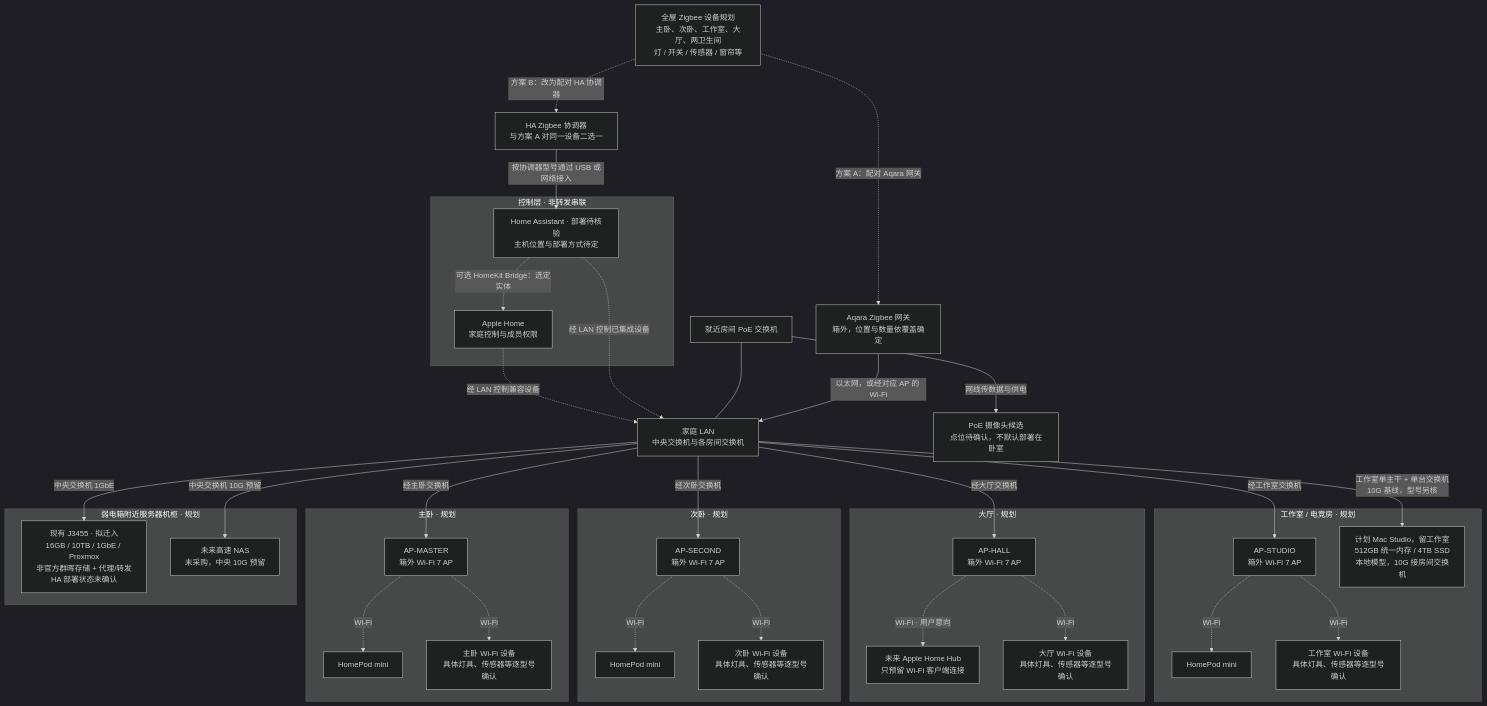
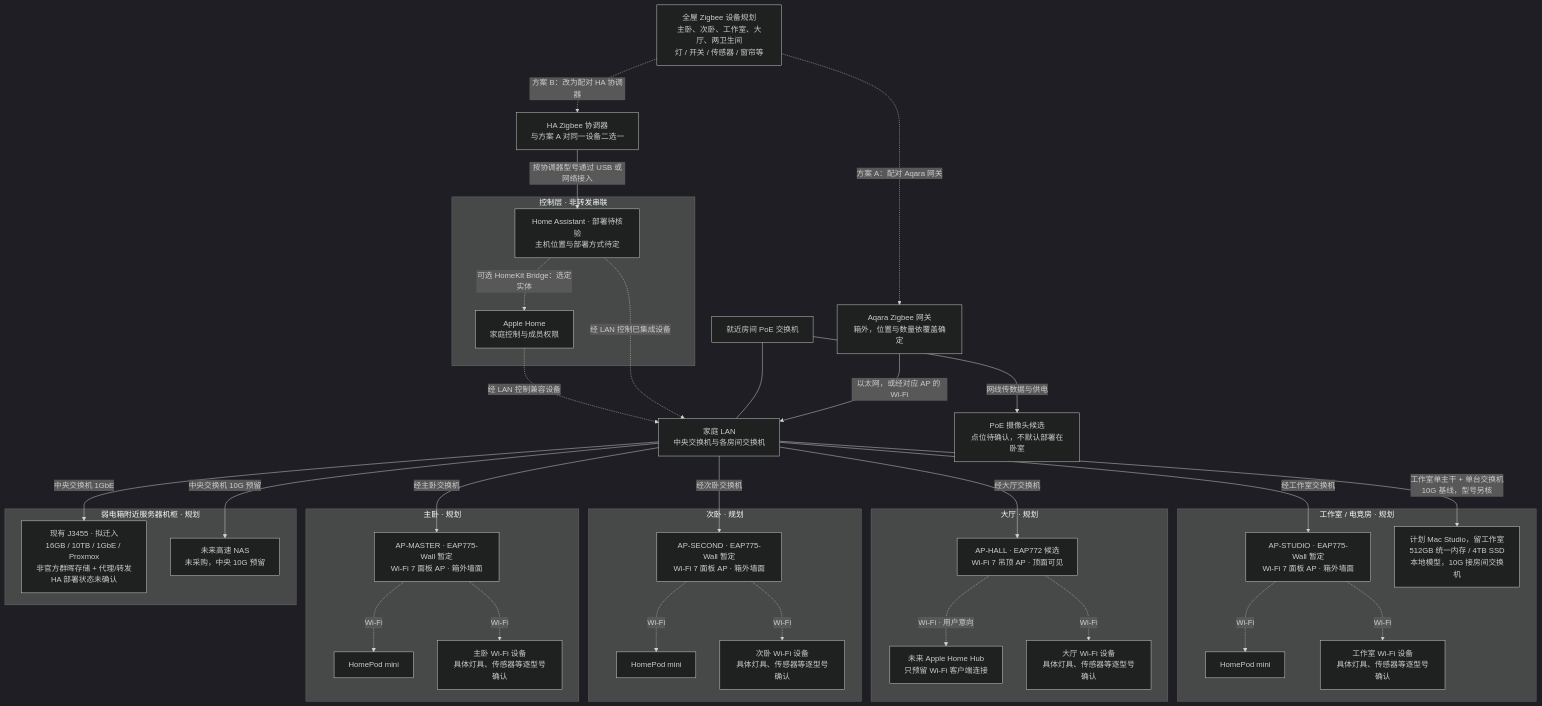
Before and after one commit to QZSAMA/AgentHomeAssistant: the first of 2 diagrams in docs/smart-home-topology.md, drawn with Mermaid (dark theme). The commit also changed other lines of this file and 7 other files, not shown here.

Commit message:
docs: select EAP775-Wall and synchronize AP topology and BOM

````diff
--- a/docs/smart-home-topology.md
+++ b/docs/smart-home-topology.md
@@ -23,67 +24,67 @@
 ```mermaid
 flowchart TB
     LAN["家庭 LAN<br/>中央交换机与各房间交换机"]
 
     subgraph MASTER["主卧 · 规划"]
-        AP1["AP-MASTER<br/>箱外 Wi-Fi 7 AP"]
+        AP1["AP-MASTER · EAP775-Wall 暂定<br/>Wi-Fi 7 面板 AP · 箱外墙面"]
         HP1["HomePod mini"]
         W1["主卧 Wi-Fi 设备<br/>具体灯具、传感器等逐型号确认"]
         AP1 -. "Wi-Fi" .-> HP1
         AP1 -. "Wi-Fi" .-> W1
     end
 
     subgraph SECOND["次卧 · 规划"]
-        AP2["AP-SECOND<br/>箱外 Wi-Fi 7 AP"]
+        AP2["AP-SECOND · EAP775-Wall 暂定<br/>Wi-Fi 7 面板 AP · 箱外墙面"]
         HP2["HomePod mini"]
         W2["次卧 Wi-Fi 设备<br/>具体灯具、传感器等逐型号确认"]
         AP2 -. "Wi-Fi" .-> HP2
         AP2 -. "Wi-Fi" .-> W2
     end
 
     subgraph STUDIO["工作室 / 电竞房 · 规划"]
-        AP3["AP-STUDIO<br/>箱外 Wi-Fi 7 AP"]
+        AP3["AP-STUDIO · EAP775-Wall 暂定<br/>Wi-Fi 7 面板 AP · 箱外墙面"]
         HP3["HomePod mini"]
         W3["工作室 Wi-Fi 设备<br/>具体灯具、传感器等逐型号确认"]
         MAC["计划 Mac Studio，留工作室<br/>512GB 统一内存 / 4TB SSD<br/>本地模型，10G 接房间交换机"]
         AP3 -. "Wi-Fi" .-> HP3
         AP3 -. "Wi-Fi" .-> W3
     end
 
     subgraph HALL["大厅 · 规划"]
-        AP4["AP-HALL<br/>箱外 Wi-Fi 7 AP"]
+        AP4["AP-HALL · EAP772 候选<br/>Wi-Fi 7 吊顶 AP · 顶面可见"]
         FUTURE["未来 Apple Home Hub<br/>只预留 Wi-Fi 客户端连接"]
         W4["大厅 Wi-Fi 设备<br/>具体灯具、传感器等逐型号确认"]
         AP4 -. "Wi-Fi · 用户意向" .-> FUTURE
         AP4 -. "Wi-Fi" .-> W4
     end
 
     LAN -->|"经主卧交换机"| AP1
     LAN -->|"经次卧交换机"| AP2
     LAN -->|"经工作室交换机"| AP3
     LAN -->|"经大厅交换机"| AP4
     LAN -->|"工作室单主干 + 单台交换机<br/>10G 基线，型号另核"| MAC
 
     subgraph CENTRAL["弱电箱附近服务器机柜 · 规划"]
         J["现有 J3455 · 拟迁入<br/>16GB / 10TB / 1GbE / Proxmox<br/>非官方群晖存储 + 代理/转发<br/>HA 部署状态未确认"]
         NAS["未来高速 NAS<br/>未采购，中央 10G 预留"]
     end
     LAN -->|"中央交换机 1GbE"| J
     LAN -->|"中央交换机 10G 预留"| NAS
 
     Z["全屋 Zigbee 设备规划<br/>主卧、次卧、工作室、大厅、两卫生间<br/>灯 / 开关 / 传感器 / 窗帘等"]
     Z -. "方案 A：配对 Aqara 网关" .-> G["Aqara Zigbee 网关<br/>箱外，位置与数量依覆盖确定"]
     G -->|"以太网，或经对应 AP 的 Wi-Fi"| LAN
     Z -. "方案 B：改为配对 HA 协调器" .-> C["HA Zigbee 协调器<br/>与方案 A 对同一设备二选一"]
 
     P["就近房间 PoE 交换机"] -->|"网线传数据与供电"| CAM["PoE 摄像头候选<br/>点位待确认，不默认部署在卧室"]
     P --- LAN
 
     subgraph CONTROL["控制层 · 非转发串联"]
         HA["Home Assistant · 部署待核验<br/>主机位置与部署方式待定"]
         APPLE["Apple Home<br/>家庭控制与成员权限"]
         HA -. "可选 HomeKit Bridge：选定实体" .-> APPLE
     end
     C -->|"按协调器型号通过 USB 或网络接入"| HA
     HA -. "经 LAN 控制已集成设备" .-> LAN
     APPLE -. "经 LAN 控制兼容设备" .-> LAN
 ```
````
